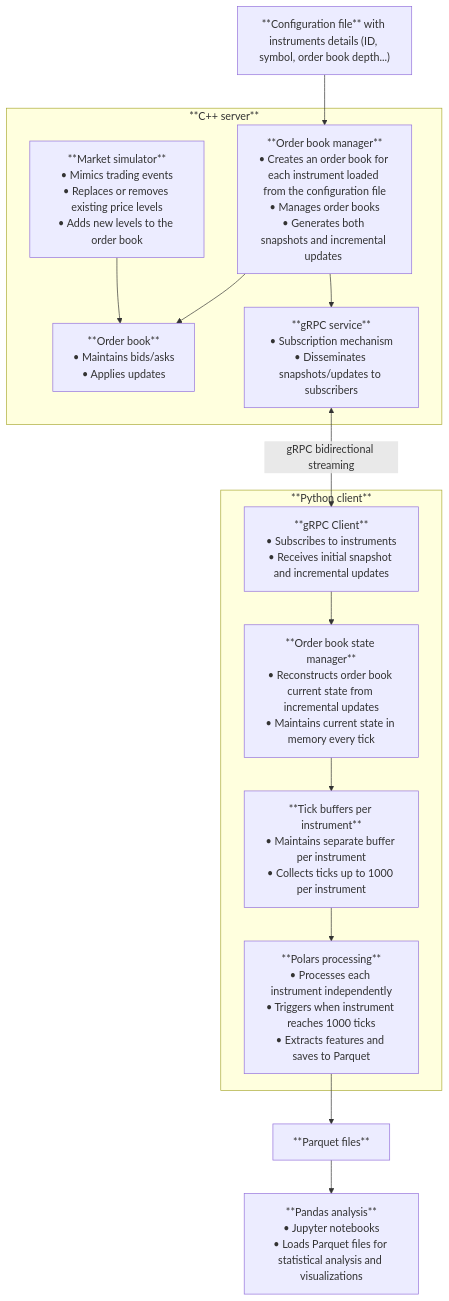
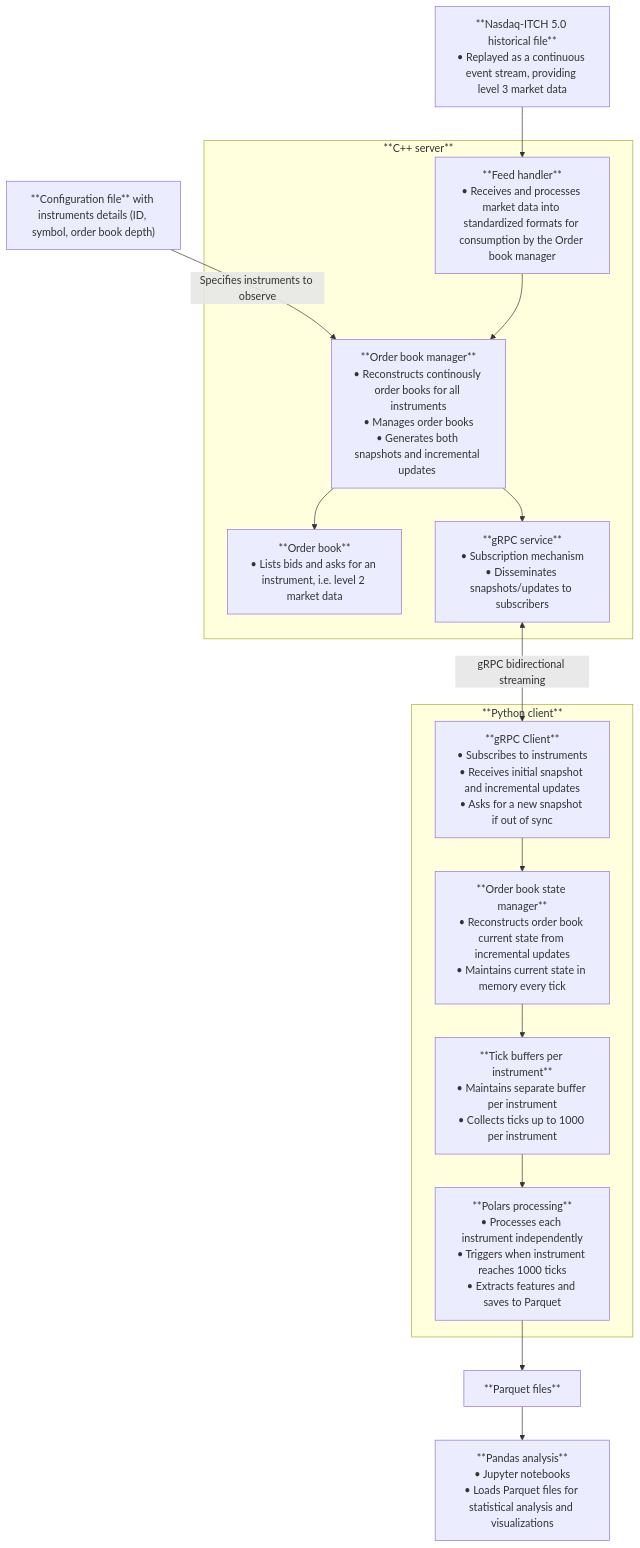
Before and after one commit to sephorah/market-data-pipeline: the first of 2 diagrams in README.md, drawn with Mermaid. The commit also changed other lines of this file and 1 other file, not shown here.

Commit message:
chore: update architectyure and sequence diagram

````diff
--- a/README.md
+++ b/README.md
@@ -7,41 +7,45 @@
 ```mermaid
 flowchart TD
 
-    config_file["**Configuration file** with instruments details (ID, symbol, order book depth...)"]
+    config_file["**Configuration file** with instruments details (ID, symbol, order book depth)"]
+    
+    nasdaq_itch_file[**Nasdaq-ITCH 5.0 historical file**<br/>• Replayed as a continuous event stream, providing level 3 market data]
 
     subgraph cpp_server[**C++ server**]
-        order_book_manager[**Order book manager**<br/>• Creates an order book for each instrument loaded from the configuration file<br/>• Manages order books<br/>• Generates both snapshots and incremental updates <br/>]
+
+        feed_handler["**Feed handler**<br/>• Receives and processes market data into standardized formats for consumption by the Order book manager"]
+
+        order_book_manager[**Order book manager**<br/>• Reconstructs continously order books for all instruments<br/>• Manages order books<br/>• Generates both snapshots and incremental updates <br/>]
         
-        order_book[**Order book**<br/>• Maintains bids/asks<br/>• Applies updates]
-        
-        market_simulator[**Market simulator**<br/>• Mimics trading events<br/>• Replaces or removes existing price levels<br/>• Adds new levels to the order book]
+        order_book[**Order book**<br/>• Lists bids and asks for an instrument, i.e. level 2 market data]
 
         grpc_service[**gRPC service**<br/>• Subscription mechanism<br/>• Disseminates snapshots/updates to subscribers]
     end
 
     subgraph python_client[**Python client**]
-        grpc_client[**gRPC Client**<br/>• Subscribes to instruments<br/>• Receives initial snapshot and incremental updates]
+        grpc_client[**gRPC Client**<br/>• Subscribes to instruments<br/>• Receives initial snapshot and incremental updates<br/>• Asks for a new snapshot if out of sync]
 
         order_book_state_manager[**Order book state manager**<br/>• Reconstructs order book current state from incremental updates<br/>• Maintains current state in memory every tick]
 
         tick_buffers[**Tick buffers per instrument**<br/>• Maintains separate buffer per instrument<br/>• Collects ticks up to 1000 per instrument]
 
         polars_processing[**Polars processing**<br/>• Processes each instrument independently<br/>• Triggers when instrument reaches 1000 ticks<br/>• Extracts features and saves to Parquet]
     end
 
     parquet_files[**Parquet files**]
     
     pandas_analysis[**Pandas analysis**<br/>• Jupyter notebooks<br/>• Loads Parquet files for statistical analysis and visualizations]
 
 
-    config_file --> order_book_manager
+    config_file -->|Specifies instruments to observe| order_book_manager
     grpc_service <-->|gRPC bidirectional streaming| grpc_client
     order_book_manager --> order_book
     order_book_manager --> grpc_service
-    market_simulator --> order_book
+    nasdaq_itch_file --> feed_handler
+    feed_handler --> order_book_manager
     grpc_client --> order_book_state_manager
     order_book_state_manager --> tick_buffers
     tick_buffers --> polars_processing
     polars_processing --> parquet_files
     parquet_files --> pandas_analysis
 ```
````
